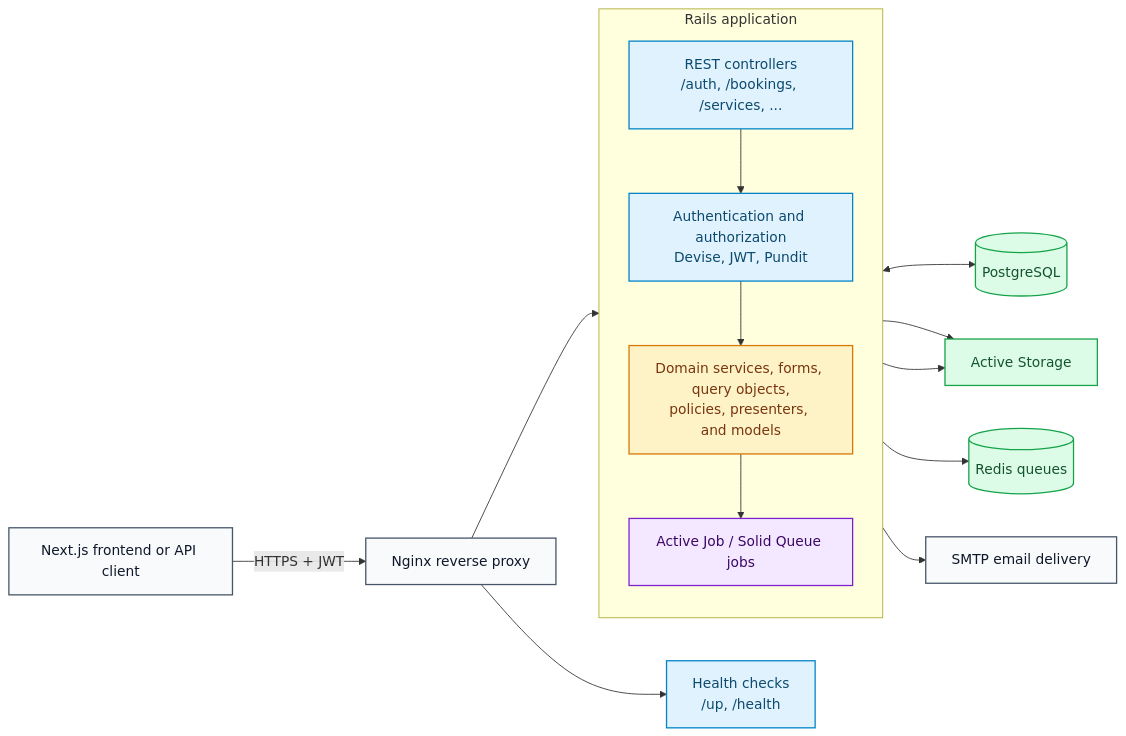
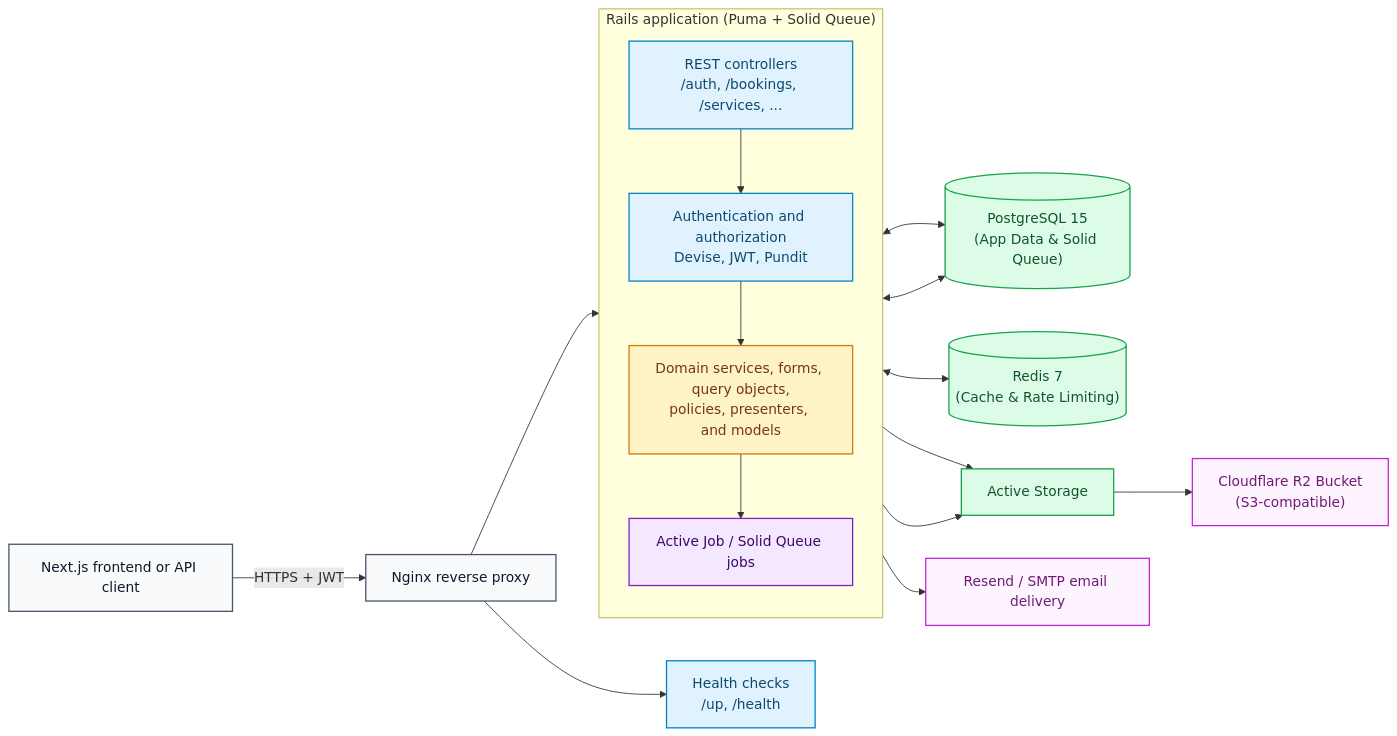
One commit to ayojan/marketplace changed the first of 2 diagrams in backend/docs/ARCHITECTURE.md. Above: the diagram before and after it, drawn with Mermaid. The commit also changed other lines of this file and 21 other files, not shown here.

First line of the commit message:
docs: clean up redundant markdown files and update architecture diagrams

````diff
--- a/backend/docs/ARCHITECTURE.md
+++ b/backend/docs/ARCHITECTURE.md
@@ -7,23 +7,26 @@
 ```mermaid
 flowchart LR
     classDef edge fill:#f8fafc,stroke:#475569,stroke-width:1.5px,color:#0f172a;
     classDef api fill:#e0f2fe,stroke:#0284c7,stroke-width:1.5px,color:#0c4a6e;
     classDef domain fill:#fef3c7,stroke:#d97706,stroke-width:1.5px,color:#78350f;
     classDef async fill:#f3e8ff,stroke:#7e22ce,stroke-width:1.5px,color:#3b0764;
     classDef store fill:#dcfce7,stroke:#16a34a,stroke-width:1.5px,color:#14532d;
+    classDef external fill:#fdf4ff,stroke:#c026d3,stroke-width:1.5px,color:#701a75;
 
-    Client[Next.js frontend or API client]:::edge -->|HTTPS + JWT| Edge[Nginx reverse proxy]:::edge
-    Edge --> REST[REST controllers<br/>/auth, /bookings, /services, ...]:::api
-    Edge --> Health[Health checks<br/>/up, /health]:::api
-    subgraph Rails[Rails application]
+    Client["Next.js frontend or API client"]:::edge -->|"HTTPS + JWT"| Edge["Nginx reverse proxy"]:::edge
+    Edge --> REST["REST controllers<br/>/auth, /bookings, /services, ..."]:::api
+    Edge --> Health["Health checks<br/>/up, /health"]:::api
+    subgraph Rails["Rails application (Puma + Solid Queue)"]
         direction TB
-        REST --> Auth[Authentication and authorization<br/>Devise, JWT, Pundit]:::api
-        Auth --> Domain[Domain services, forms, query objects,<br/>policies, presenters, and models]:::domain
-        Domain --> Jobs[Active Job / Solid Queue jobs]:::async
+        REST --> Auth["Authentication and authorization<br/>Devise, JWT, Pundit"]:::api
+        Auth --> Domain["Domain services, forms, query objects,<br/>policies, presenters, and models"]:::domain
+        Domain --> Jobs["Active Job / Solid Queue jobs"]:::async
     end
-    Domain <--> DB[(PostgreSQL)]:::store
-    Domain --> Storage[Active Storage]:::store
-    Jobs --> Redis[(Redis queues)]:::store
-    Jobs --> Mail[SMTP email delivery]:::edge
+    Domain <--> DB[("PostgreSQL 15<br/>(App Data & Solid Queue)")]:::store
+    Jobs <--> DB
+    Domain <--> Redis[("Redis 7<br/>(Cache & Rate Limiting)")]:::store
+    Domain --> Storage["Active Storage"]:::store
     Jobs --> Storage
+    Storage --> R2["Cloudflare R2 Bucket<br/>(S3-compatible)"]:::external
+    Jobs --> Mail["Resend / SMTP email delivery"]:::external
 ```
````
